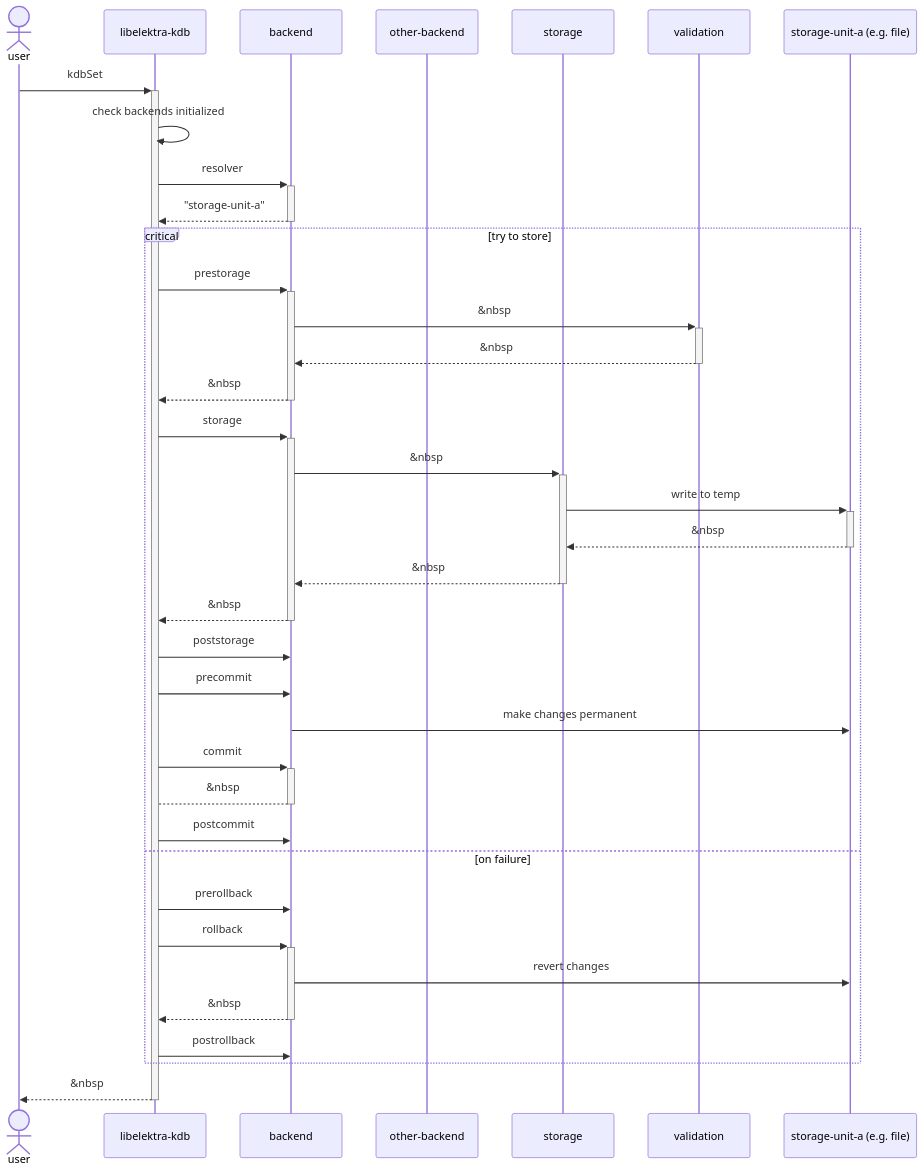
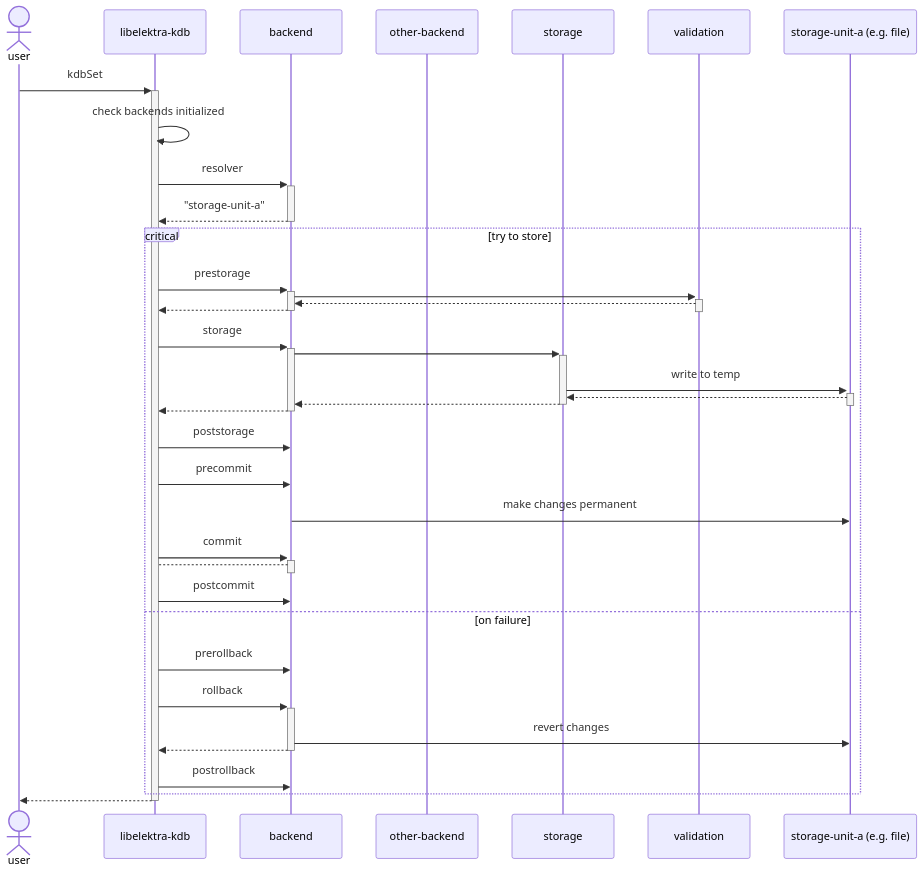
The second of 2 diagrams in doc/dev/backend-plugins.md (ElektraInitiative/libelektra), drawn with Mermaid before and after one commit. The commit also changed other lines of this file and 19 other files, not shown here.

````diff
--- a/doc/dev/backend-plugins.md
+++ b/doc/dev/backend-plugins.md
@@ -41,40 +44,40 @@
 ```mermaid
 sequenceDiagram
     actor user
     participant kdb as libelektra-kdb
     participant backend as backend
     participant other as other-backend
     participant storage
     participant validation
     participant sa as storage-unit-a (e.g. file)
 
     user->>+kdb: kdbSet
     kdb->>kdb: check backends initialized
     kdb->>+backend: resolver
     backend-->>-kdb: "storage-unit-a"
     critical try to store
       kdb->>+backend: prestorage
-      backend->>+validation: &nbsp;
-      validation-->>-backend: &nbsp;
-      backend-->>-kdb: &nbsp;
+      backend->>+validation: #
+      validation-->>-backend: #
+      backend-->>-kdb: #
       kdb->>+backend: storage
-      backend->>+storage: &nbsp;
+      backend->>+storage: #
       storage->>+sa: write to temp
-      sa-->>-storage: &nbsp;
-      storage-->>-backend: &nbsp;
-      backend-->>-kdb: &nbsp;
+      sa-->>-storage: #
+      storage-->>-backend: #
+      backend-->>-kdb: #
       kdb->>backend: poststorage
       kdb->>backend: precommit
       backend->>sa: make changes permanent
       kdb->>+backend: commit
-      backend-->-kdb: &nbsp;
+      backend-->-kdb: #
       kdb->>backend: postcommit
     option on failure
       kdb->>backend: prerollback
       kdb->>+backend: rollback
       backend->>sa: revert changes
-      backend-->>-kdb: &nbsp;
+      backend-->>-kdb: #
       kdb->>backend: postrollback
     end
-    kdb-->>-user: &nbsp;
+    kdb-->>-user: #
 ```
````
